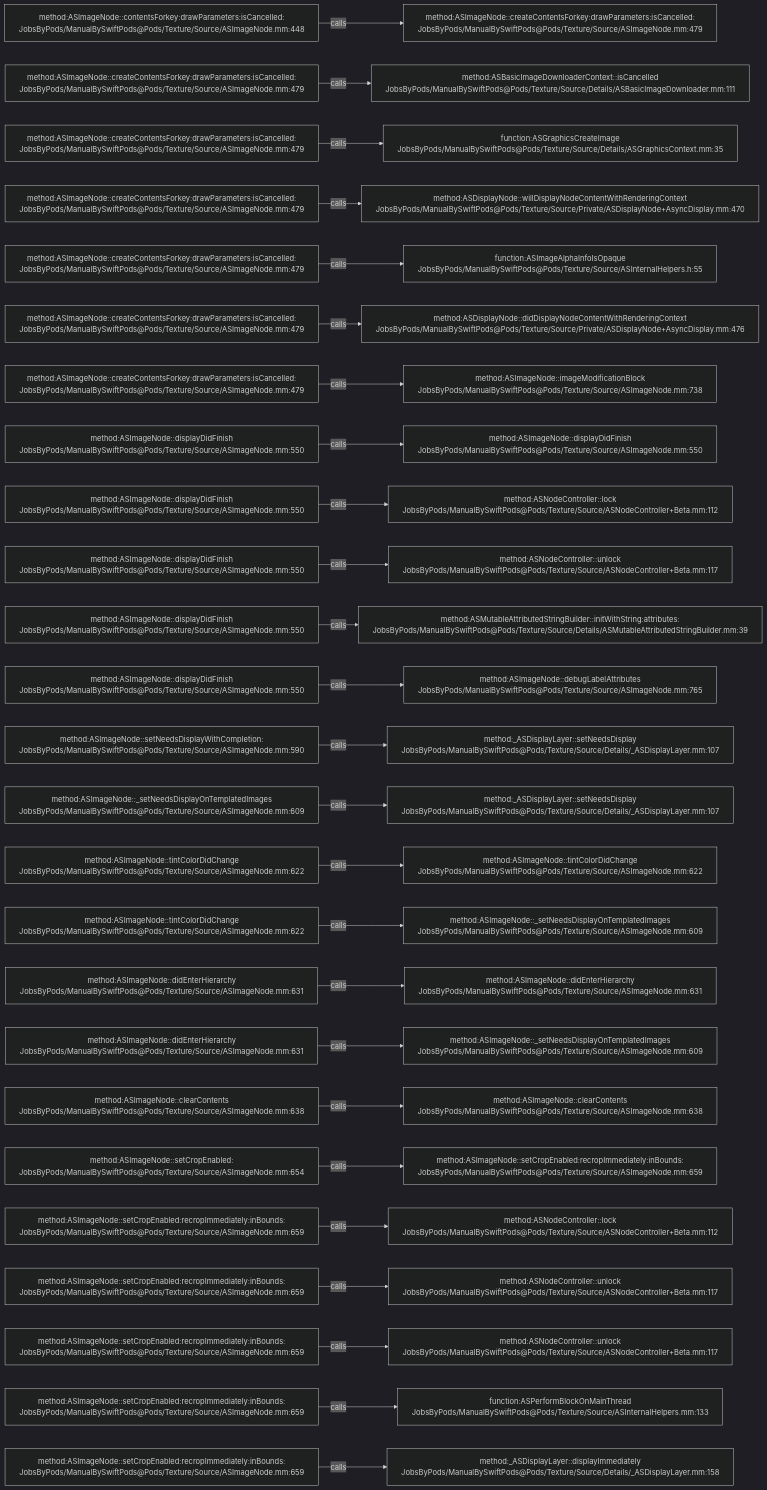
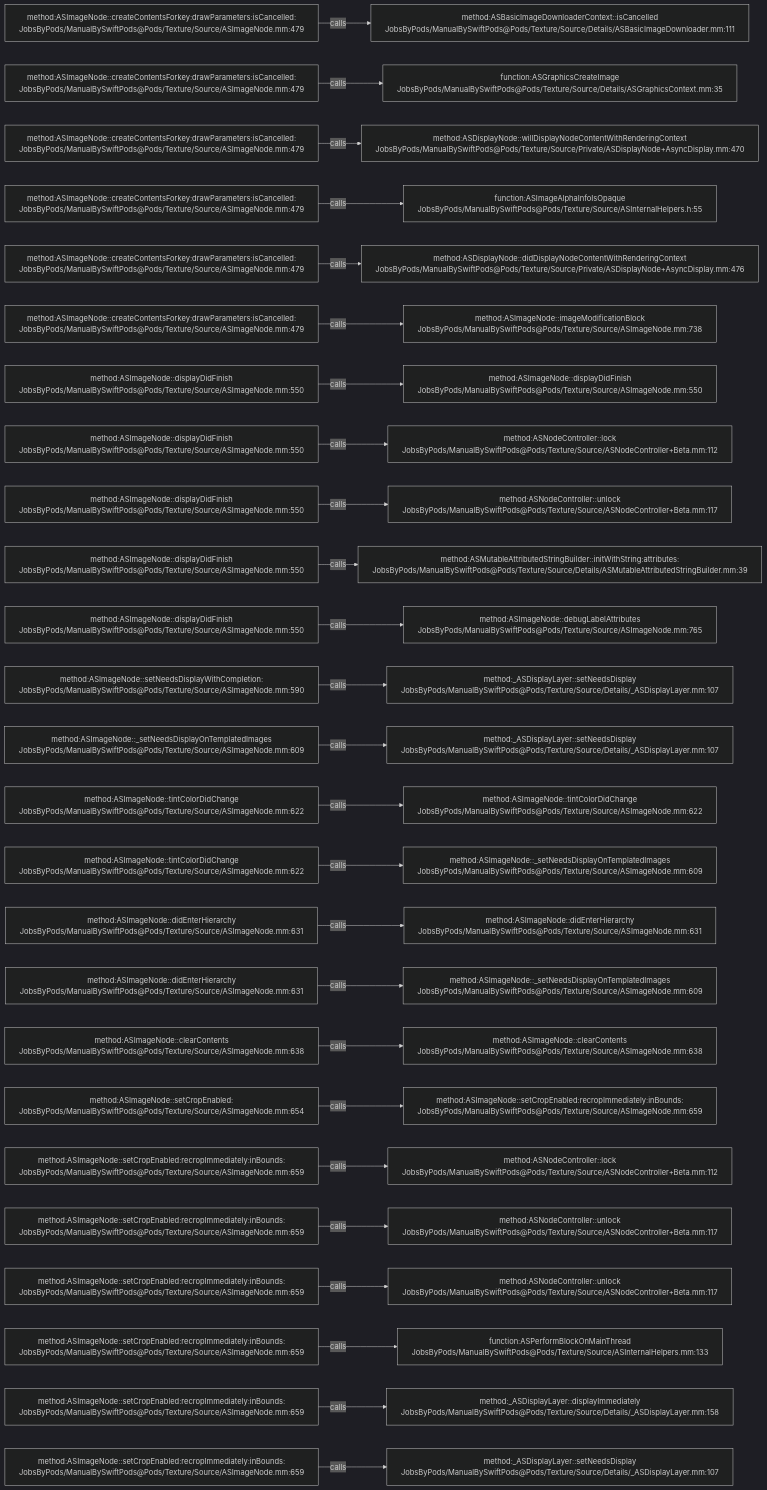
One commit to JobsKits/JobsSwiftBaseConfigDemo changed the diagram in .codegraph/codegraph.md/graphs/calls-042.md. Above: the diagram before and after it, drawn with Mermaid (dark theme). The commit also changed 747 other files, not shown here.

````diff
--- a/.codegraph/codegraph.md/graphs/calls-042.md
+++ b/.codegraph/codegraph.md/graphs/calls-042.md
@@ -13,78 +13,78 @@
 ```mermaid
 flowchart LR
-  S1["method:ASImageNode::contentsForkey:drawParameters:isCancelled:<br/>JobsByPods/ManualBySwiftPods@Pods/Texture/Source/ASImageNode.mm:448"]
-  T1["method:ASImageNode::createContentsForkey:drawParameters:isCancelled:<br/>JobsByPods/ManualBySwiftPods@Pods/Texture/Source/ASImageNode.mm:479"]
+  S1["method:ASImageNode::createContentsForkey:drawParameters:isCancelled:<br/>JobsByPods/ManualBySwiftPods@Pods/Texture/Source/ASImageNode.mm:479"]
+  T1["method:ASBasicImageDownloaderContext::isCancelled<br/>JobsByPods/ManualBySwiftPods@Pods/Texture/Source/Details/ASBasicImageDownloader.mm:111"]
   S1 -->|calls| T1
   S2["method:ASImageNode::createContentsForkey:drawParameters:isCancelled:<br/>JobsByPods/ManualBySwiftPods@Pods/Texture/Source/ASImageNode.mm:479"]
-  T2["method:ASBasicImageDownloaderContext::isCancelled<br/>JobsByPods/ManualBySwiftPods@Pods/Texture/Source/Details/ASBasicImageDownloader.mm:111"]
+  T2["function:ASGraphicsCreateImage<br/>JobsByPods/ManualBySwiftPods@Pods/Texture/Source/Details/ASGraphicsContext.mm:35"]
   S2 -->|calls| T2
   S3["method:ASImageNode::createContentsForkey:drawParameters:isCancelled:<br/>JobsByPods/ManualBySwiftPods@Pods/Texture/Source/ASImageNode.mm:479"]
-  T3["function:ASGraphicsCreateImage<br/>JobsByPods/ManualBySwiftPods@Pods/Texture/Source/Details/ASGraphicsContext.mm:35"]
+  T3["method:ASDisplayNode::willDisplayNodeContentWithRenderingContext<br/>JobsByPods/ManualBySwiftPods@Pods/Texture/Source/Private/ASDisplayNode+AsyncDisplay.mm:470"]
   S3 -->|calls| T3
   S4["method:ASImageNode::createContentsForkey:drawParameters:isCancelled:<br/>JobsByPods/ManualBySwiftPods@Pods/Texture/Source/ASImageNode.mm:479"]
-  T4["method:ASDisplayNode::willDisplayNodeContentWithRenderingContext<br/>JobsByPods/ManualBySwiftPods@Pods/Texture/Source/Private/ASDisplayNode+AsyncDisplay.mm:470"]
+  T4["function:ASImageAlphaInfoIsOpaque<br/>JobsByPods/ManualBySwiftPods@Pods/Texture/Source/ASInternalHelpers.h:55"]
   S4 -->|calls| T4
   S5["method:ASImageNode::createContentsForkey:drawParameters:isCancelled:<br/>JobsByPods/ManualBySwiftPods@Pods/Texture/Source/ASImageNode.mm:479"]
-  T5["function:ASImageAlphaInfoIsOpaque<br/>JobsByPods/ManualBySwiftPods@Pods/Texture/Source/ASInternalHelpers.h:55"]
+  T5["method:ASDisplayNode::didDisplayNodeContentWithRenderingContext<br/>JobsByPods/ManualBySwiftPods@Pods/Texture/Source/Private/ASDisplayNode+AsyncDisplay.mm:476"]
   S5 -->|calls| T5
   S6["method:ASImageNode::createContentsForkey:drawParameters:isCancelled:<br/>JobsByPods/ManualBySwiftPods@Pods/Texture/Source/ASImageNode.mm:479"]
-  T6["method:ASDisplayNode::didDisplayNodeContentWithRenderingContext<br/>JobsByPods/ManualBySwiftPods@Pods/Texture/Source/Private/ASDisplayNode+AsyncDisplay.mm:476"]
+  T6["method:ASImageNode::imageModificationBlock<br/>JobsByPods/ManualBySwiftPods@Pods/Texture/Source/ASImageNode.mm:738"]
   S6 -->|calls| T6
-  S7["method:ASImageNode::createContentsForkey:drawParameters:isCancelled:<br/>JobsByPods/ManualBySwiftPods@Pods/Texture/Source/ASImageNode.mm:479"]
-  T7["method:ASImageNode::imageModificationBlock<br/>JobsByPods/ManualBySwiftPods@Pods/Texture/Source/ASImageNode.mm:738"]
+  S7["method:ASImageNode::displayDidFinish<br/>JobsByPods/ManualBySwiftPods@Pods/Texture/Source/ASImageNode.mm:550"]
+  T7["method:ASImageNode::displayDidFinish<br/>JobsByPods/ManualBySwiftPods@Pods/Texture/Source/ASImageNode.mm:550"]
   S7 -->|calls| T7
   S8["method:ASImageNode::displayDidFinish<br/>JobsByPods/ManualBySwiftPods@Pods/Texture/Source/ASImageNode.mm:550"]
-  T8["method:ASImageNode::displayDidFinish<br/>JobsByPods/ManualBySwiftPods@Pods/Texture/Source/ASImageNode.mm:550"]
+  T8["method:ASNodeController::lock<br/>JobsByPods/ManualBySwiftPods@Pods/Texture/Source/ASNodeController+Beta.mm:112"]
   S8 -->|calls| T8
   S9["method:ASImageNode::displayDidFinish<br/>JobsByPods/ManualBySwiftPods@Pods/Texture/Source/ASImageNode.mm:550"]
-  T9["method:ASNodeController::lock<br/>JobsByPods/ManualBySwiftPods@Pods/Texture/Source/ASNodeController+Beta.mm:112"]
+  T9["method:ASNodeController::unlock<br/>JobsByPods/ManualBySwiftPods@Pods/Texture/Source/ASNodeController+Beta.mm:117"]
   S9 -->|calls| T9
   S10["method:ASImageNode::displayDidFinish<br/>JobsByPods/ManualBySwiftPods@Pods/Texture/Source/ASImageNode.mm:550"]
-  T10["method:ASNodeController::unlock<br/>JobsByPods/ManualBySwiftPods@Pods/Texture/Source/ASNodeController+Beta.mm:117"]
+  T10["method:ASMutableAttributedStringBuilder::initWithString:attributes:<br/>JobsByPods/ManualBySwiftPods@Pods/Texture/Source/Details/ASMutableAttributedStringBuilder.mm:39"]
   S10 -->|calls| T10
   S11["method:ASImageNode::displayDidFinish<br/>JobsByPods/ManualBySwiftPods@Pods/Texture/Source/ASImageNode.mm:550"]
-  T11["method:ASMutableAttributedStringBuilder::initWithString:attributes:<br/>JobsByPods/ManualBySwiftPods@Pods/Texture/Source/Details/ASMutableAttributedStringBuilder.mm:39"]
+  T11["method:ASImageNode::debugLabelAttributes<br/>JobsByPods/ManualBySwiftPods@Pods/Texture/Source/ASImageNode.mm:765"]
   S11 -->|calls| T11
-  S12["method:ASImageNode::displayDidFinish<br/>JobsByPods/ManualBySwiftPods@Pods/Texture/Source/ASImageNode.mm:550"]
-  T12["method:ASImageNode::debugLabelAttributes<br/>JobsByPods/ManualBySwiftPods@Pods/Texture/Source/ASImageNode.mm:765"]
+  S12["method:ASImageNode::setNeedsDisplayWithCompletion:<br/>JobsByPods/ManualBySwiftPods@Pods/Texture/Source/ASImageNode.mm:590"]
+  T12["method:_ASDisplayLayer::setNeedsDisplay<br/>JobsByPods/ManualBySwiftPods@Pods/Texture/Source/Details/_ASDisplayLayer.mm:107"]
   S12 -->|calls| T12
-  S13["method:ASImageNode::setNeedsDisplayWithCompletion:<br/>JobsByPods/ManualBySwiftPods@Pods/Texture/Source/ASImageNode.mm:590"]
+  S13["method:ASImageNode::_setNeedsDisplayOnTemplatedImages<br/>JobsByPods/ManualBySwiftPods@Pods/Texture/Source/ASImageNode.mm:609"]
   T13["method:_ASDisplayLayer::setNeedsDisplay<br/>JobsByPods/ManualBySwiftPods@Pods/Texture/Source/Details/_ASDisplayLayer.mm:107"]
   S13 -->|calls| T13
-  S14["method:ASImageNode::_setNeedsDisplayOnTemplatedImages<br/>JobsByPods/ManualBySwiftPods@Pods/Texture/Source/ASImageNode.mm:609"]
-  T14["method:_ASDisplayLayer::setNeedsDisplay<br/>JobsByPods/ManualBySwiftPods@Pods/Texture/Source/Details/_ASDisplayLayer.mm:107"]
+  S14["method:ASImageNode::tintColorDidChange<br/>JobsByPods/ManualBySwiftPods@Pods/Texture/Source/ASImageNode.mm:622"]
+  T14["method:ASImageNode::tintColorDidChange<br/>JobsByPods/ManualBySwiftPods@Pods/Texture/Source/ASImageNode.mm:622"]
   S14 -->|calls| T14
   S15["method:ASImageNode::tintColorDidChange<br/>JobsByPods/ManualBySwiftPods@Pods/Texture/Source/ASImageNode.mm:622"]
-  T15["method:ASImageNode::tintColorDidChange<br/>JobsByPods/ManualBySwiftPods@Pods/Texture/Source/ASImageNode.mm:622"]
+  T15["method:ASImageNode::_setNeedsDisplayOnTemplatedImages<br/>JobsByPods/ManualBySwiftPods@Pods/Texture/Source/ASImageNode.mm:609"]
   S15 -->|calls| T15
-  S16["method:ASImageNode::tintColorDidChange<br/>JobsByPods/ManualBySwiftPods@Pods/Texture/Source/ASImageNode.mm:622"]
-  T16["method:ASImageNode::_setNeedsDisplayOnTemplatedImages<br/>JobsByPods/ManualBySwiftPods@Pods/Texture/Source/ASImageNode.mm:609"]
+  S16["method:ASImageNode::didEnterHierarchy<br/>JobsByPods/ManualBySwiftPods@Pods/Texture/Source/ASImageNode.mm:631"]
+  T16["method:ASImageNode::didEnterHierarchy<br/>JobsByPods/ManualBySwiftPods@Pods/Texture/Source/ASImageNode.mm:631"]
   S16 -->|calls| T16
   S17["method:ASImageNode::didEnterHierarchy<br/>JobsByPods/ManualBySwiftPods@Pods/Texture/Source/ASImageNode.mm:631"]
-  T17["method:ASImageNode::didEnterHierarchy<br/>JobsByPods/ManualBySwiftPods@Pods/Texture/Source/ASImageNode.mm:631"]
+  T17["method:ASImageNode::_setNeedsDisplayOnTemplatedImages<br/>JobsByPods/ManualBySwiftPods@Pods/Texture/Source/ASImageNode.mm:609"]
   S17 -->|calls| T17
-  S18["method:ASImageNode::didEnterHierarchy<br/>JobsByPods/ManualBySwiftPods@Pods/Texture/Source/ASImageNode.mm:631"]
-  T18["method:ASImageNode::_setNeedsDisplayOnTemplatedImages<br/>JobsByPods/ManualBySwiftPods@Pods/Texture/Source/ASImageNode.mm:609"]
+  S18["method:ASImageNode::clearContents<br/>JobsByPods/ManualBySwiftPods@Pods/Texture/Source/ASImageNode.mm:638"]
+  T18["method:ASImageNode::clearContents<br/>JobsByPods/ManualBySwiftPods@Pods/Texture/Source/ASImageNode.mm:638"]
   S18 -->|calls| T18
-  S19["method:ASImageNode::clearContents<br/>JobsByPods/ManualBySwiftPods@Pods/Texture/Source/ASImageNode.mm:638"]
-  T19["method:ASImageNode::clearContents<br/>JobsByPods/ManualBySwiftPods@Pods/Texture/Source/ASImageNode.mm:638"]
+  S19["method:ASImageNode::setCropEnabled:<br/>JobsByPods/ManualBySwiftPods@Pods/Texture/Source/ASImageNode.mm:654"]
+  T19["method:ASImageNode::setCropEnabled:recropImmediately:inBounds:<br/>JobsByPods/ManualBySwiftPods@Pods/Texture/Source/ASImageNode.mm:659"]
   S19 -->|calls| T19
-  S20["method:ASImageNode::setCropEnabled:<br/>JobsByPods/ManualBySwiftPods@Pods/Texture/Source/ASImageNode.mm:654"]
-  T20["method:ASImageNode::setCropEnabled:recropImmediately:inBounds:<br/>JobsByPods/ManualBySwiftPods@Pods/Texture/Source/ASImageNode.mm:659"]
+  S20["method:ASImageNode::setCropEnabled:recropImmediately:inBounds:<br/>JobsByPods/ManualBySwiftPods@Pods/Texture/Source/ASImageNode.mm:659"]
+  T20["method:ASNodeController::lock<br/>JobsByPods/ManualBySwiftPods@Pods/Texture/Source/ASNodeController+Beta.mm:112"]
   S20 -->|calls| T20
   S21["method:ASImageNode::setCropEnabled:recropImmediately:inBounds:<br/>JobsByPods/ManualBySwiftPods@Pods/Texture/Source/ASImageNode.mm:659"]
-  T21["method:ASNodeController::lock<br/>JobsByPods/ManualBySwiftPods@Pods/Texture/Source/ASNodeController+Beta.mm:112"]
+  T21["method:ASNodeController::unlock<br/>JobsByPods/ManualBySwiftPods@Pods/Texture/Source/ASNodeController+Beta.mm:117"]
   S21 -->|calls| T21
   S22["method:ASImageNode::setCropEnabled:recropImmediately:inBounds:<br/>JobsByPods/ManualBySwiftPods@Pods/Texture/Source/ASImageNode.mm:659"]
   T22["method:ASNodeController::unlock<br/>JobsByPods/ManualBySwiftPods@Pods/Texture/Source/ASNodeController+Beta.mm:117"]
   S22 -->|calls| T22
   S23["method:ASImageNode::setCropEnabled:recropImmediately:inBounds:<br/>JobsByPods/ManualBySwiftPods@Pods/Texture/Source/ASImageNode.mm:659"]
-  T23["method:ASNodeController::unlock<br/>JobsByPods/ManualBySwiftPods@Pods/Texture/Source/ASNodeController+Beta.mm:117"]
+  T23["function:ASPerformBlockOnMainThread<br/>JobsByPods/ManualBySwiftPods@Pods/Texture/Source/ASInternalHelpers.mm:133"]
   S23 -->|calls| T23
   S24["method:ASImageNode::setCropEnabled:recropImmediately:inBounds:<br/>JobsByPods/ManualBySwiftPods@Pods/Texture/Source/ASImageNode.mm:659"]
-  T24["function:ASPerformBlockOnMainThread<br/>JobsByPods/ManualBySwiftPods@Pods/Texture/Source/ASInternalHelpers.mm:133"]
+  T24["method:_ASDisplayLayer::displayImmediately<br/>JobsByPods/ManualBySwiftPods@Pods/Texture/Source/Details/_ASDisplayLayer.mm:158"]
   S24 -->|calls| T24
   S25["method:ASImageNode::setCropEnabled:recropImmediately:inBounds:<br/>JobsByPods/ManualBySwiftPods@Pods/Texture/Source/ASImageNode.mm:659"]
-  T25["method:_ASDisplayLayer::displayImmediately<br/>JobsByPods/ManualBySwiftPods@Pods/Texture/Source/Details/_ASDisplayLayer.mm:158"]
+  T25["method:_ASDisplayLayer::setNeedsDisplay<br/>JobsByPods/ManualBySwiftPods@Pods/Texture/Source/Details/_ASDisplayLayer.mm:107"]
   S25 -->|calls| T25
 ```
````
